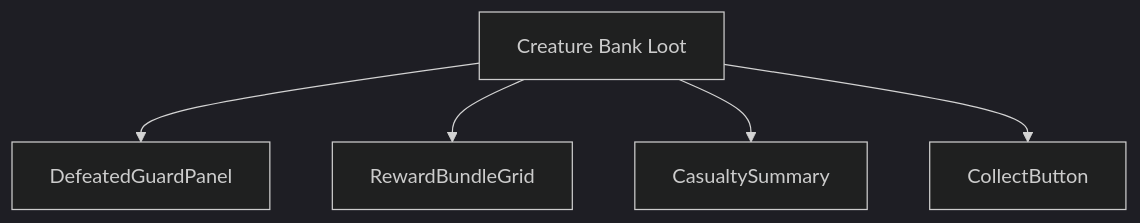
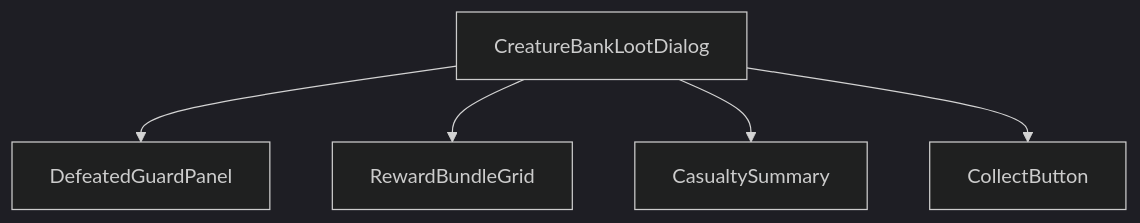
The first of 5 diagrams in docs/architecture/wiki/screens/12-creature-bank-loot/architecture.md (SunaNoOshiro/Heroes_Reforged_AI_Realms), drawn with Mermaid (dark theme) before and after one commit. The commit also changed other lines of this file and 518 other files, not shown here.

First line of the commit message:
Add doc-audit skill and sweep architecture/screen docs

````diff
--- a/docs/architecture/wiki/screens/12-creature-bank-loot/architecture.md
+++ b/docs/architecture/wiki/screens/12-creature-bank-loot/architecture.md
@@ -16,12 +18,8 @@
 ```mermaid
 flowchart TD
-  Root["Creature Bank Loot"]
-  C0["DefeatedGuardPanel"]
-  Root --> C0
-  C1["RewardBundleGrid"]
-  Root --> C1
-  C2["CasualtySummary"]
-  Root --> C2
-  C3["CollectButton"]
-  Root --> C3
+  Root["CreatureBankLootDialog"]
+  Root --> C0["DefeatedGuardPanel"]
+  Root --> C1["RewardBundleGrid"]
+  Root --> C2["CasualtySummary"]
+  Root --> C3["CollectButton"]
 ```
````
